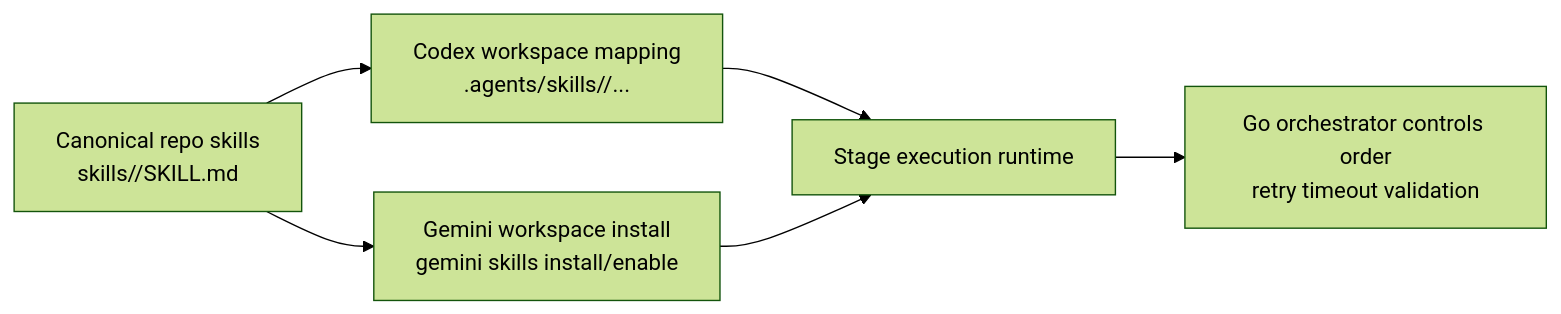
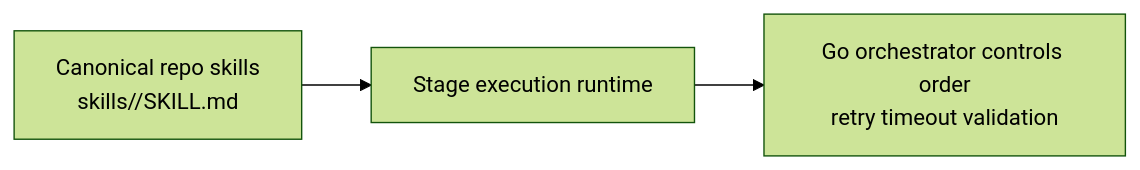
The second of 2 diagrams in docs/skills-pipeline-prd.md (cash-rats/peasydeal-product-miner), drawn with Mermaid (forest theme) before and after one commit. The commit also changed other lines of this file, not shown here.

````diff
--- a/docs/skills-pipeline-prd.md
+++ b/docs/skills-pipeline-prd.md
@@ -188,8 +178,5 @@
 ```mermaid
 flowchart LR
-    CS[Canonical repo skills\nskills/<name>/SKILL.md] --> C[Codex workspace mapping\n.agents/skills/<name>/...]
-    CS --> G[Gemini workspace install\ngemini skills install/enable]
-    C --> R[Stage execution runtime]
-    G --> R
+    CS[Canonical repo skills\nskills/<name>/SKILL.md] --> R[Stage execution runtime]
     R --> O[Go orchestrator controls order\nretry timeout validation]
 ```
````
